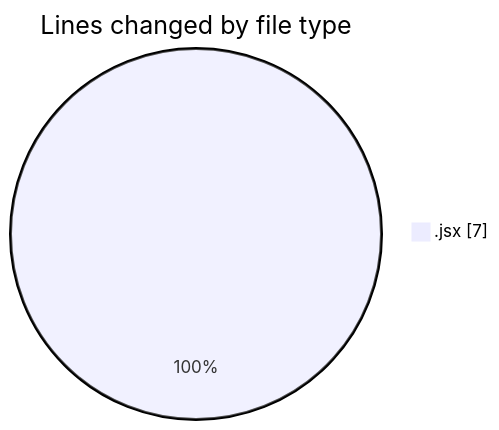
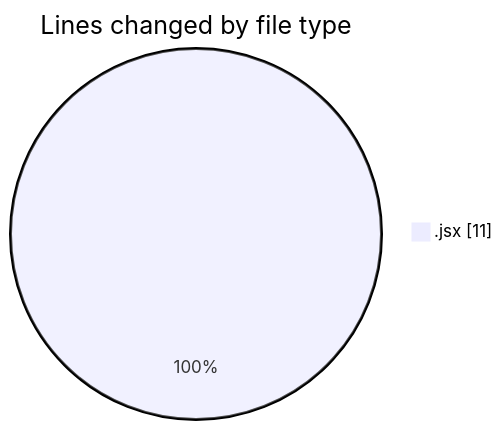
Before and after one commit to momahboobian/code-tracking: the first of 2 diagrams in 2025-06-05/cda/README.md, drawn with Mermaid. The commit also changed other lines of this file and 1 other file, not shown here.

````diff
--- a/2025-06-05/cda/README.md
+++ b/2025-06-05/cda/README.md
@@ -20,5 +20,5 @@
 ```mermaid
 pie showData
 title Lines changed by file type
-".jsx" : 7
+".jsx" : 11
 ```
````
